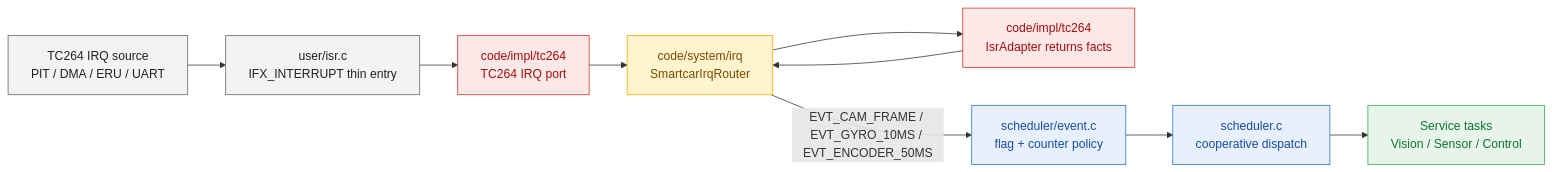
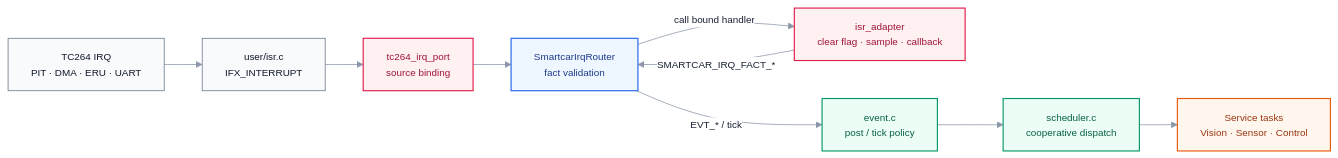
One commit to ParacosmYy/GS_Smart_car changed the second of 2 diagrams in README.md. Above: the diagram before and after it, drawn with Mermaid. The commit also changed other lines of this file, not shown here.

Commit message:
docs(readme): 优化企业版架构图与说明

````diff
--- a/README.md
+++ b/README.md
@@ -132,26 +85,23 @@
 ```mermaid
+%%{init: {'theme':'base','themeVariables': {'fontFamily':'Segoe UI,Arial,sans-serif','fontSize':'13px','primaryColor':'#ffffff','primaryTextColor':'#172033','lineColor':'#8a96a8'}}}%%
 flowchart LR
-    classDef sdk fill:#f1f3f4,stroke:#5f6368,color:#202124
-    classDef system fill:#fff4ce,stroke:#f9ab00,color:#7a4b00
-    classDef impl fill:#fce8e6,stroke:#d93025,color:#a50e0e
-    classDef sched fill:#e8f0fe,stroke:#1a73e8,color:#174ea6
-    classDef service fill:#e6f4ea,stroke:#34a853,color:#137333
+    classDef hw fill:#f8fafc,stroke:#64748b,color:#0f172a
+    classDef port fill:#fff1f2,stroke:#e11d48,stroke-width:1.5px,color:#9f1239
+    classDef router fill:#eef6ff,stroke:#2563eb,stroke-width:1.5px,color:#1e3a8a
+    classDef event fill:#ecfdf5,stroke:#059669,stroke-width:1.5px,color:#065f46
+    classDef service fill:#fff7ed,stroke:#ea580c,stroke-width:1.5px,color:#9a3412
 
-    HW["TC264 IRQ source<br/>PIT / DMA / ERU / UART"]:::sdk
-    SDK["user/isr.c<br/>IFX_INTERRUPT thin entry"]:::sdk
-    PORT["code/impl/tc264<br/>TC264 IRQ port"]:::impl
-    ROUTER["code/system/irq<br/>SmartcarIrqRouter"]:::system
-    ADAPTER["code/impl/tc264<br/>IsrAdapter returns facts"]:::impl
-    EVENTS["scheduler/event.c<br/>flag + counter policy"]:::sched
-    SCHED["scheduler.c<br/>cooperative dispatch"]:::sched
-    TASKS["Service tasks<br/>Vision / Sensor / Control"]:::service
+    HW["TC264 IRQ<br/>PIT · DMA · ERU · UART"]:::hw
+    ENTRY["user/isr.c<br/>IFX_INTERRUPT"]:::hw
+    PORT["tc264_irq_port<br/>source binding"]:::port
+    ROUTER["SmartcarIrqRouter<br/>fact validation"]:::router
+    ADAPTER["isr_adapter<br/>clear flag · sample · callback"]:::port
+    EVENT["event.c<br/>post / tick policy"]:::event
+    SCHED["scheduler.c<br/>cooperative dispatch"]:::event
+    TASK["Service tasks<br/>Vision · Sensor · Control"]:::service
 
-    HW --> SDK
-    SDK --> PORT
-    PORT --> ROUTER
-    ROUTER --> ADAPTER
-    ADAPTER --> ROUTER
-    ROUTER -->|EVT_CAM_FRAME / EVT_GYRO_10MS / EVT_ENCODER_50MS| EVENTS
-    EVENTS --> SCHED
-    SCHED --> TASKS
+    HW --> ENTRY --> PORT --> ROUTER
+    ROUTER -->|call bound handler| ADAPTER
+    ADAPTER -->|SMARTCAR_IRQ_FACT_*| ROUTER
+    ROUTER -->|EVT_* / tick| EVENT --> SCHED --> TASK
 ```
````
